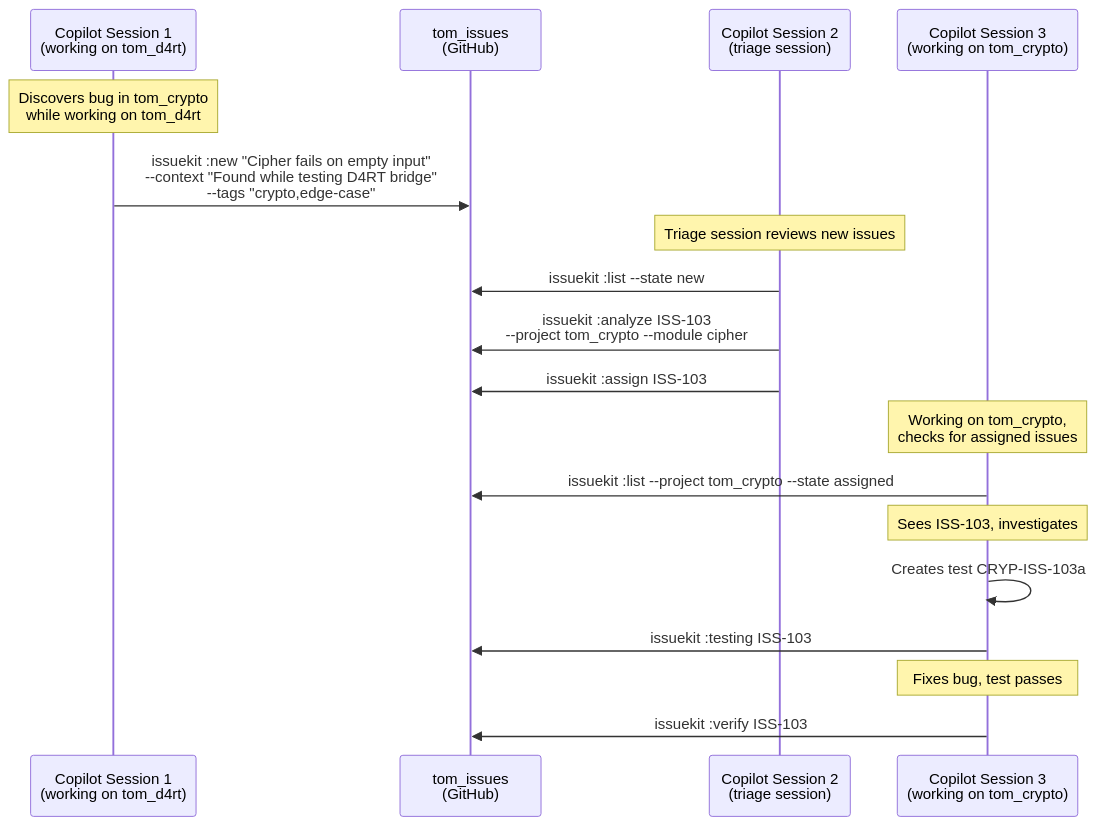
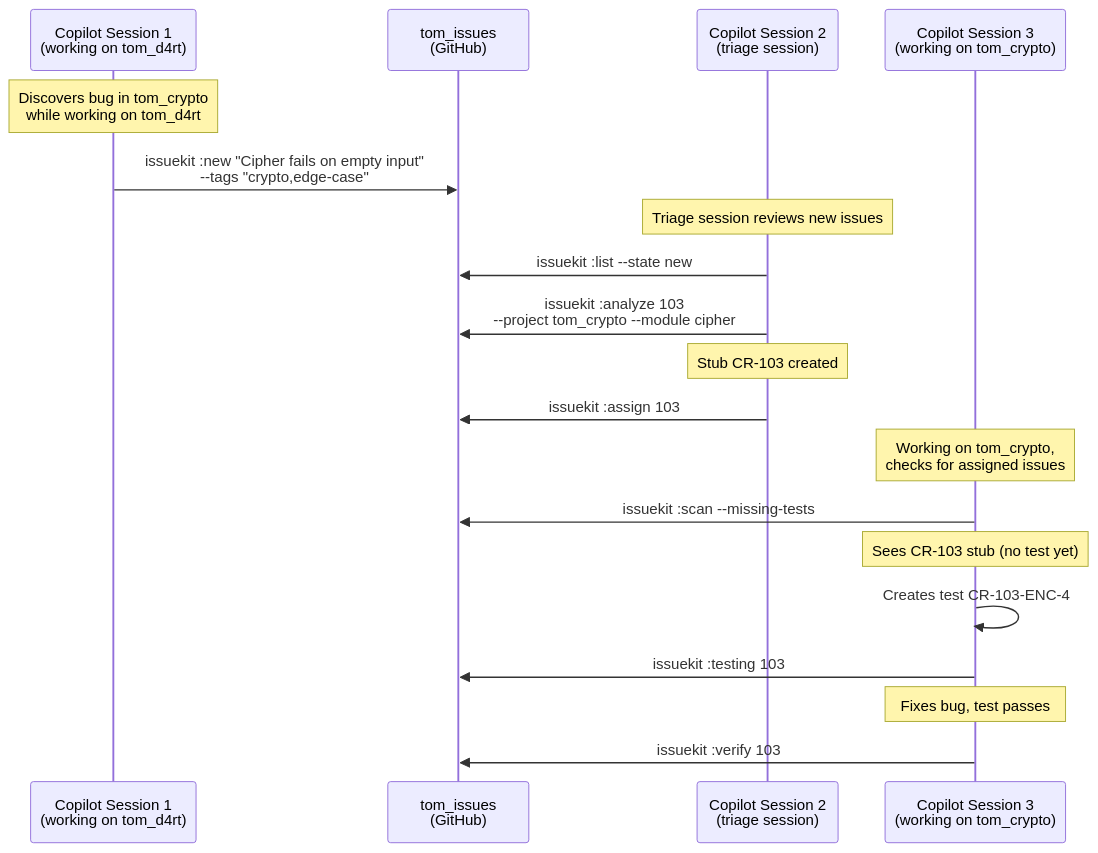
The fifth of 7 diagrams in tom_issue_kit/doc/issue_tracking.md (al-the-bear/tom_module_basics), drawn with Mermaid before and after one commit. The commit also changed other lines of this file, not shown here.

Commit message:
docs: rewrite ID scheme — drop ISS- prefix, shorter project IDs, test promotion, stub detection

````diff
--- a/tom_issue_kit/doc/issue_tracking.md
+++ b/tom_issue_kit/doc/issue_tracking.md
@@ -530,23 +626,24 @@
 ```mermaid
 sequenceDiagram
     participant C1 as Copilot Session 1<br/>(working on tom_d4rt)
     participant GH as tom_issues<br/>(GitHub)
     participant C2 as Copilot Session 2<br/>(triage session)
     participant C3 as Copilot Session 3<br/>(working on tom_crypto)
 
     Note over C1: Discovers bug in tom_crypto<br/>while working on tom_d4rt
-    C1->>GH: issuekit :new "Cipher fails on empty input"<br/>--context "Found while testing D4RT bridge"<br/>--tags "crypto,edge-case"
+    C1->>GH: issuekit :new "Cipher fails on empty input"<br/>--tags "crypto,edge-case"
 
     Note over C2: Triage session reviews new issues
     C2->>GH: issuekit :list --state new
-    C2->>GH: issuekit :analyze ISS-103<br/>--project tom_crypto --module cipher
-    C2->>GH: issuekit :assign ISS-103
+    C2->>GH: issuekit :analyze 103<br/>--project tom_crypto --module cipher
+    Note over C2: Stub CR-103 created
+    C2->>GH: issuekit :assign 103
 
     Note over C3: Working on tom_crypto,<br/>checks for assigned issues
-    C3->>GH: issuekit :list --project tom_crypto --state assigned
-    Note over C3: Sees ISS-103, investigates
-    C3->>C3: Creates test CRYP-ISS-103a
-    C3->>GH: issuekit :testing ISS-103
+    C3->>GH: issuekit :scan --missing-tests
+    Note over C3: Sees CR-103 stub (no test yet)
+    C3->>C3: Creates test CR-103-ENC-4
+    C3->>GH: issuekit :testing 103
     Note over C3: Fixes bug, test passes
-    C3->>GH: issuekit :verify ISS-103
+    C3->>GH: issuekit :verify 103
 ```
````
